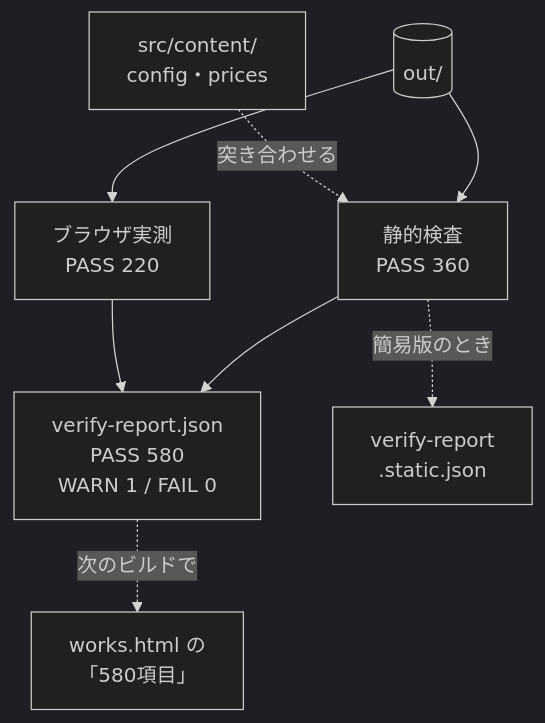
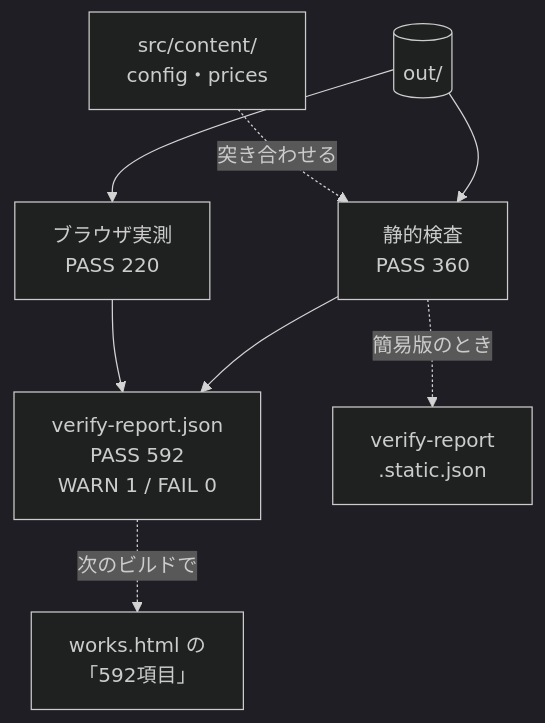
One commit to bright-broom/tsumugi changed the third of 4 diagrams in site/README.md. Above: the diagram before and after it, drawn with Mermaid (dark theme). The commit also changed 16 other files, not shown here.

````diff
--- a/site/README.md
+++ b/site/README.md
@@ -59,10 +59,10 @@
 ```mermaid
 flowchart TD
   out[("out/")] --> st["静的検査<br/>PASS 360"]
   out --> br["ブラウザ実測<br/>PASS 220"]
   content["src/content/<br/>config・prices"] -.->|突き合わせる| st
-  st --> full["verify-report.json<br/>PASS 580<br/>WARN 1 / FAIL 0"]
+  st --> full["verify-report.json<br/>PASS 592<br/>WARN 1 / FAIL 0"]
   br --> full
   st -.->|簡易版のとき| static["verify-report<br/>.static.json"]
-  full -.->|次のビルドで| works["works.html の<br/>「580項目」"]
+  full -.->|次のビルドで| works["works.html の<br/>「592項目」"]
 ```
````
